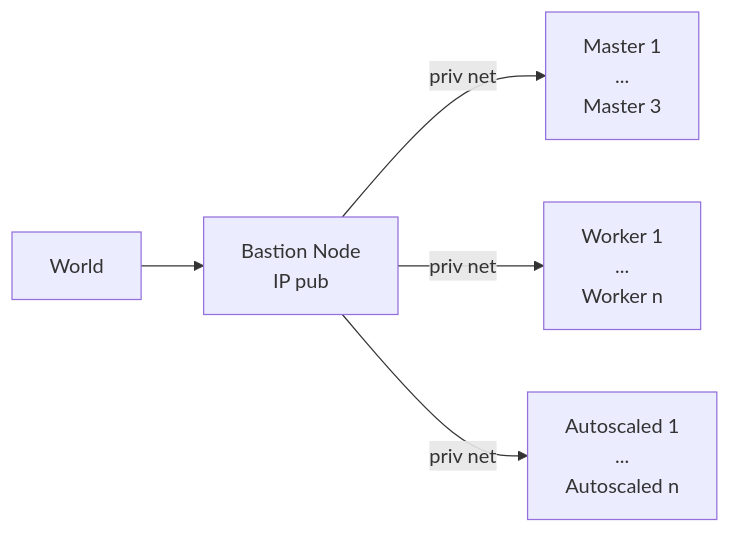
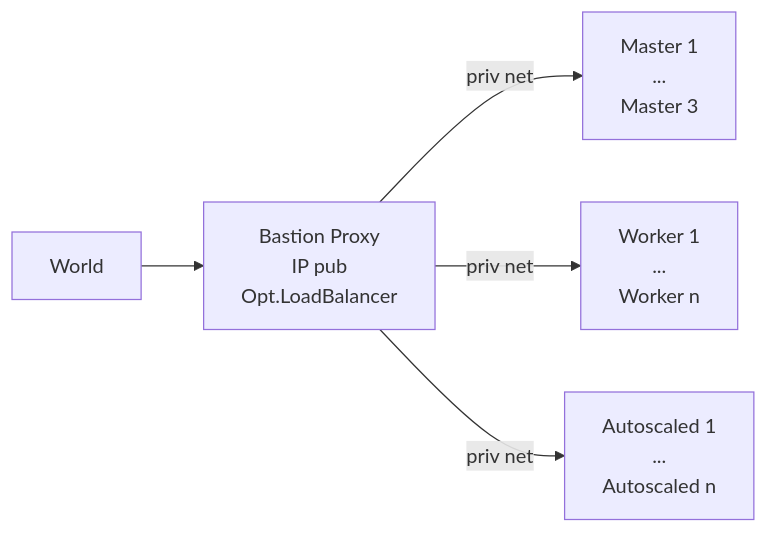
One commit to axgkl/hk3sf changed the diagram in docs/privip.md. Above: the diagram before and after it, drawn with Mermaid. The commit also changed other lines of this file and 1 other file, not shown here.

````diff
--- a/docs/privip.md
+++ b/docs/privip.md
@@ -7,7 +7,7 @@
 ```mermaid
 flowchart LR
-    A[World] --> B[Bastion Node\nIP pub]
-    B --priv net--> M1[Master 1\n...\nMaster 3]
-    B --priv net--> w1[Worker 1\n...\nWorker n]
-    B --priv net--> a1[Autoscaled 1\n...\nAutoscaled n]
+    A[World] --> B[Bastion Proxy<br/>IP pub<br/>Opt.LoadBalancer]
+    B --priv net--> M1[Master 1<br/>...<br/>Master 3]
+    B --priv net--> w1[Worker 1<br/>...<br/>Worker n]
+    B --priv net--> a1[Autoscaled 1<br/>...<br/>Autoscaled n]
 ```
````
